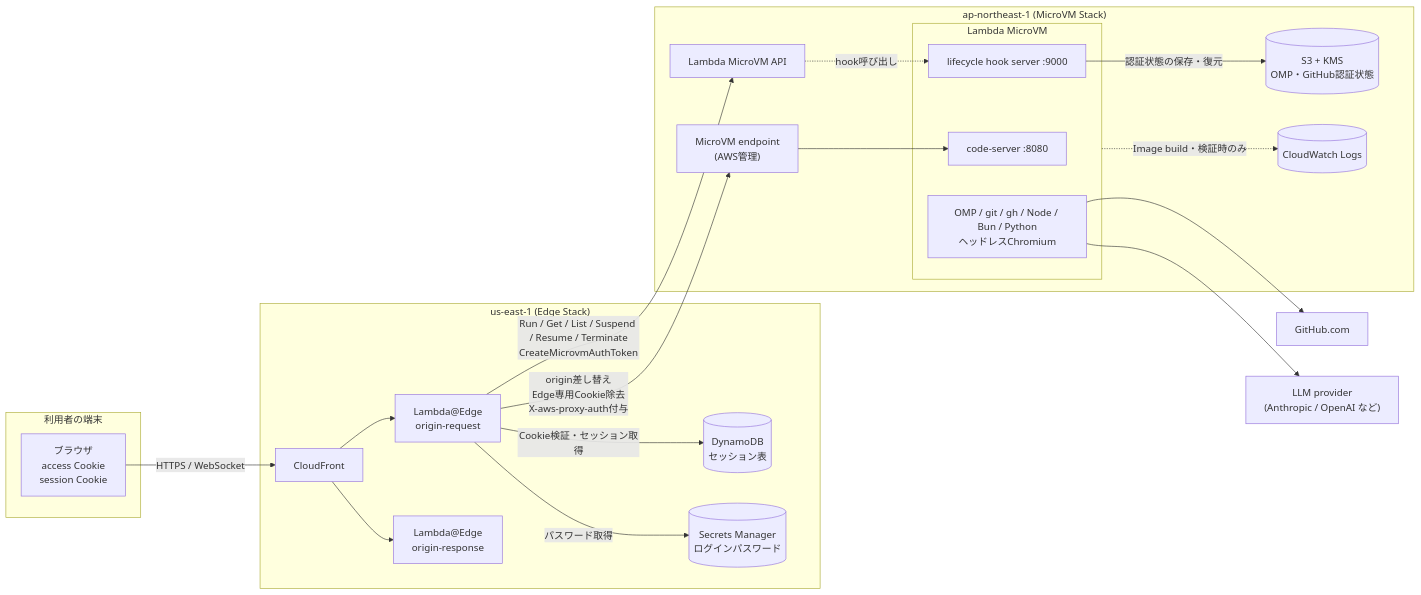
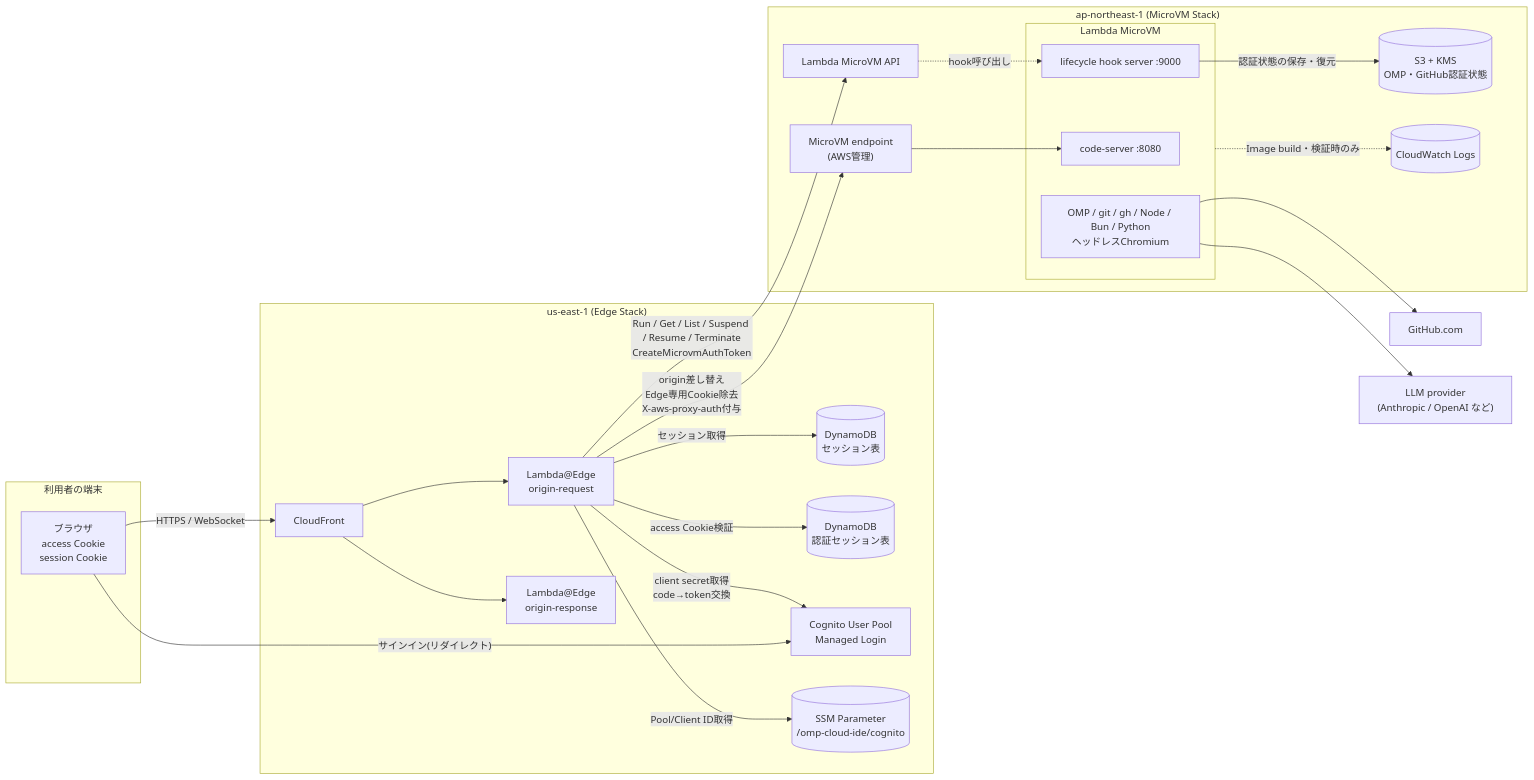
Before and after one commit to har1101/lambda-microvm-webapp: the first of 7 diagrams in docs/architecture-and-design.md, drawn with Mermaid. The commit also changed other lines of this file and 11 other files, not shown here.

First line of the commit message:
Replace edge password login with Cognito Managed Login

````diff
--- a/docs/architecture-and-design.md
+++ b/docs/architecture-and-design.md
@@ -93,43 +95,48 @@
 ```mermaid
 flowchart LR
     subgraph User["利用者の端末"]
         B["ブラウザ<br/>access Cookie<br/>session Cookie"]
     end
 
     subgraph USE1["us-east-1 (Edge Stack)"]
         CF["CloudFront"]
         ORQ["Lambda@Edge<br/>origin-request"]
         ORS["Lambda@Edge<br/>origin-response"]
         DDB[("DynamoDB<br/>セッション表")]
-        SM[("Secrets Manager<br/>ログインパスワード")]
+        ADB[("DynamoDB<br/>認証セッション表")]
+        COG["Cognito User Pool<br/>Managed Login"]
+        SSM[("SSM Parameter<br/>/omp-cloud-ide/cognito")]
     end
 
     subgraph APNE1["ap-northeast-1 (MicroVM Stack)"]
         EP["MicroVM endpoint<br/>(AWS管理)"]
         subgraph VM["Lambda MicroVM"]
             CS["code-server :8080"]
             HK["lifecycle hook server :9000"]
             TOOLS["OMP / git / gh / Node / Bun / Python<br/>ヘッドレスChromium"]
         end
         S3[("S3 + KMS<br/>OMP・GitHub認証状態")]
         CWL[("CloudWatch Logs")]
         API["Lambda MicroVM API"]
     end
 
     GH["GitHub.com"]
     LLM["LLM provider<br/>(Anthropic / OpenAI など)"]
 
     B -- "HTTPS / WebSocket" --> CF
     CF --> ORQ
-    ORQ -- "Cookie検証・セッション取得" --> DDB
-    ORQ -- "パスワード取得" --> SM
+    B -- "サインイン(リダイレクト)" --> COG
+    ORQ -- "access Cookie検証" --> ADB
+    ORQ -- "セッション取得" --> DDB
+    ORQ -- "Pool/Client ID取得" --> SSM
+    ORQ -- "client secret取得<br/>code→token交換" --> COG
     ORQ -- "Run / Get / List / Suspend / Resume / Terminate<br/>CreateMicrovmAuthToken" --> API
     ORQ -- "origin差し替え<br/>Edge専用Cookie除去<br/>X-aws-proxy-auth付与" --> EP
     EP --> CS
     CF --> ORS
     API -. "hook呼び出し" .-> HK
     HK -- "認証状態の保存・復元" --> S3
     VM -. "Image build・検証時のみ" .-> CWL
     TOOLS --> GH
     TOOLS --> LLM
 ```
````
